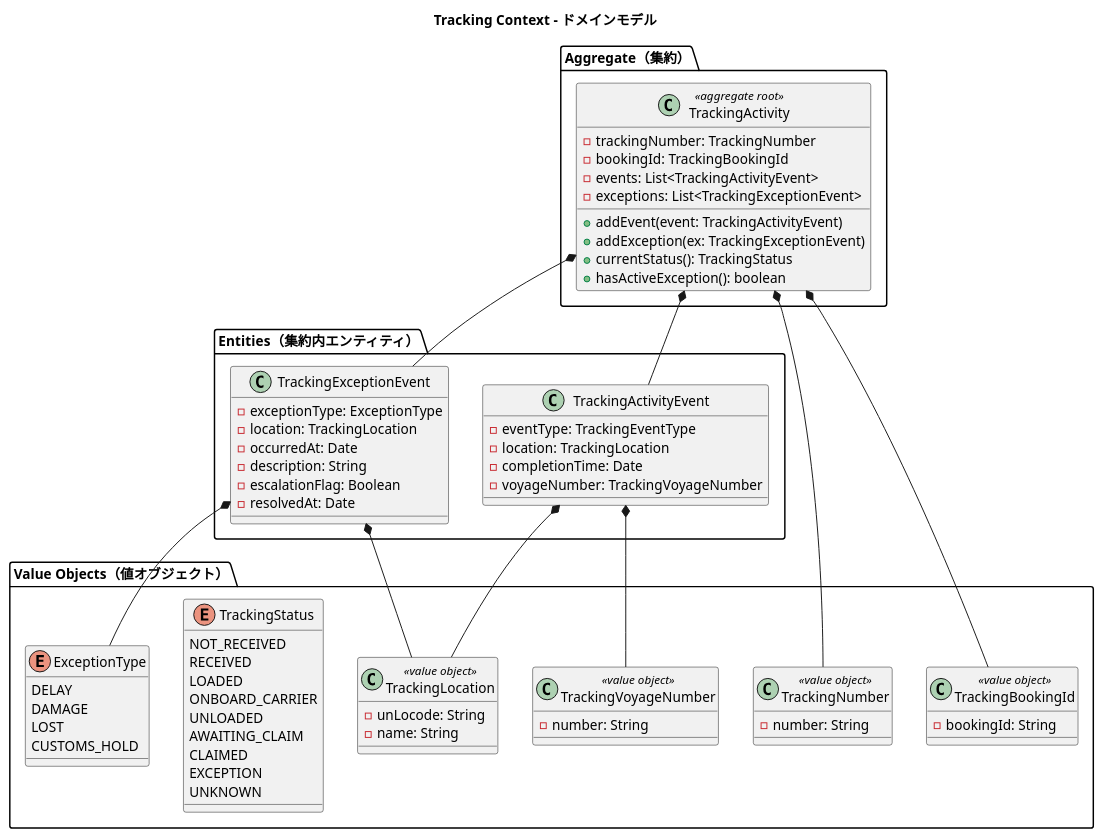
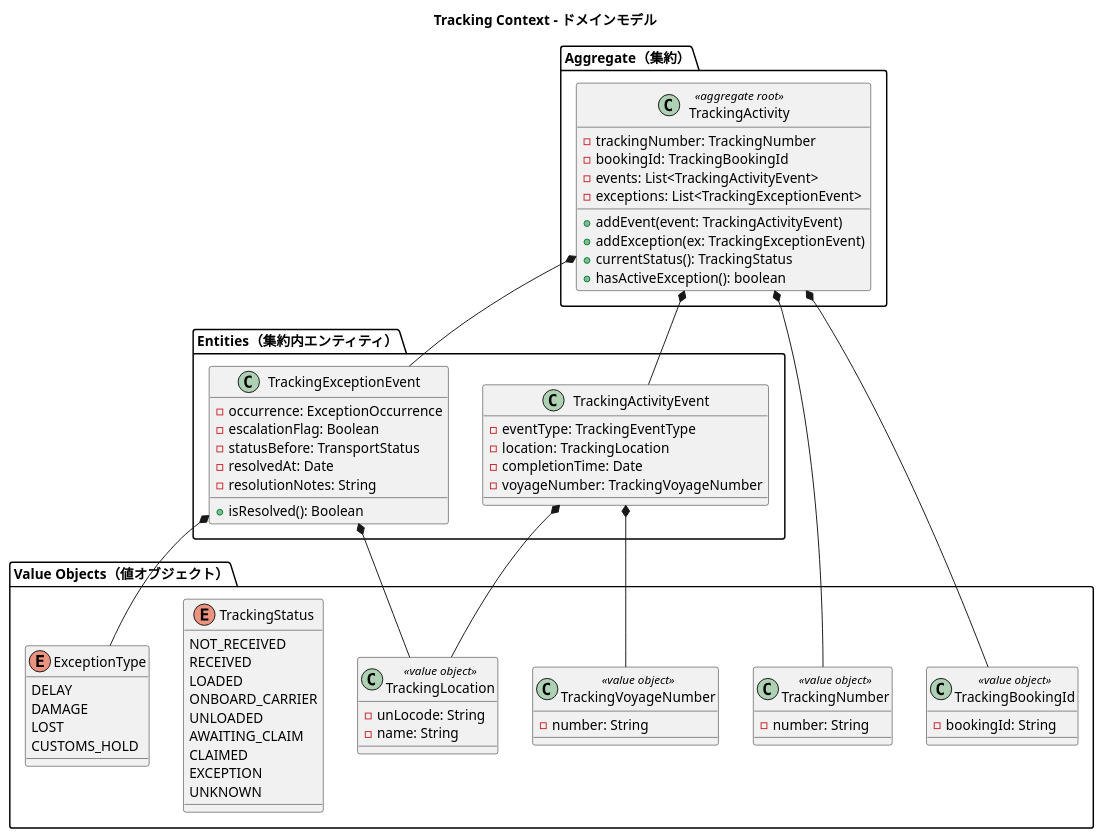
Before and after one commit to k2works/case-study-cargo-tracker: the sixth of 11 diagrams in docs/design/domain-model.md, drawn with PlantUML. The commit also changed other lines of this file and 3 other files, not shown here.

````diff
--- a/docs/design/domain-model.md
+++ b/docs/design/domain-model.md
@@ -726,78 +727,78 @@
 ```plantuml
 @startuml
 title Tracking Context - ドメインモデル
 
 package "Aggregate（集約）" {
   class TrackingActivity <<aggregate root>> {
     -trackingNumber: TrackingNumber
     -bookingId: TrackingBookingId
     -events: List<TrackingActivityEvent>
     -exceptions: List<TrackingExceptionEvent>
     +addEvent(event: TrackingActivityEvent)
     +addException(ex: TrackingExceptionEvent)
     +currentStatus(): TrackingStatus
     +hasActiveException(): boolean
   }
 }
 
 package "Entities（集約内エンティティ）" {
   class TrackingActivityEvent {
     -eventType: TrackingEventType
     -location: TrackingLocation
     -completionTime: Date
     -voyageNumber: TrackingVoyageNumber
   }
   class TrackingExceptionEvent {
-    -exceptionType: ExceptionType
-    -location: TrackingLocation
-    -occurredAt: Date
-    -description: String
+    -occurrence: ExceptionOccurrence
     -escalationFlag: Boolean
+    -statusBefore: TransportStatus
     -resolvedAt: Date
+    -resolutionNotes: String
+    +isResolved(): Boolean
   }
 }
 
 package "Value Objects（値オブジェクト）" {
   class TrackingNumber <<value object>> {
     -number: String
   }
   class TrackingBookingId <<value object>> {
     -bookingId: String
   }
   class TrackingLocation <<value object>> {
     -unLocode: String
     -name: String
   }
   class TrackingVoyageNumber <<value object>> {
     -number: String
   }
   enum TrackingStatus {
     NOT_RECEIVED
     RECEIVED
     LOADED
     ONBOARD_CARRIER
     UNLOADED
     AWAITING_CLAIM
     CLAIMED
     EXCEPTION
     UNKNOWN
   }
   enum ExceptionType {
     DELAY
     DAMAGE
     LOST
     CUSTOMS_HOLD
   }
 }
 
 TrackingActivity *-- TrackingNumber
 TrackingActivity *-- TrackingBookingId
 TrackingActivity *-- TrackingActivityEvent
 TrackingActivity *-- TrackingExceptionEvent
 TrackingActivityEvent *-- TrackingLocation
 TrackingActivityEvent *-- TrackingVoyageNumber
 TrackingExceptionEvent *-- ExceptionType
 TrackingExceptionEvent *-- TrackingLocation
 
 @enduml
 ```
````
